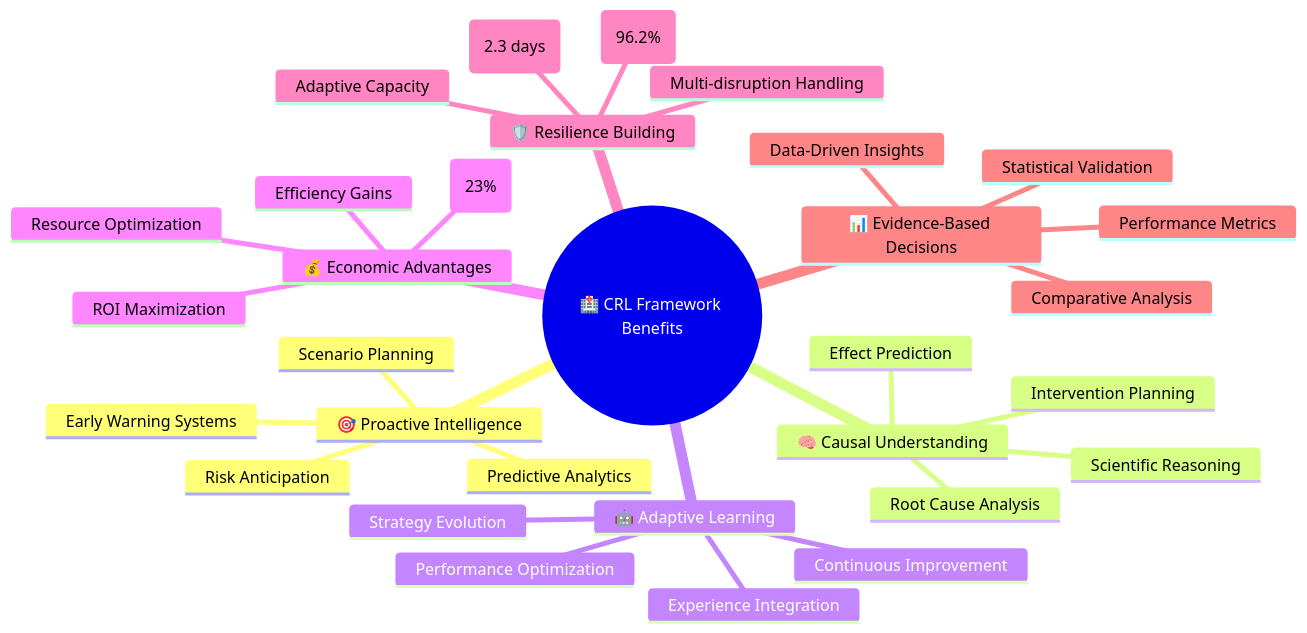
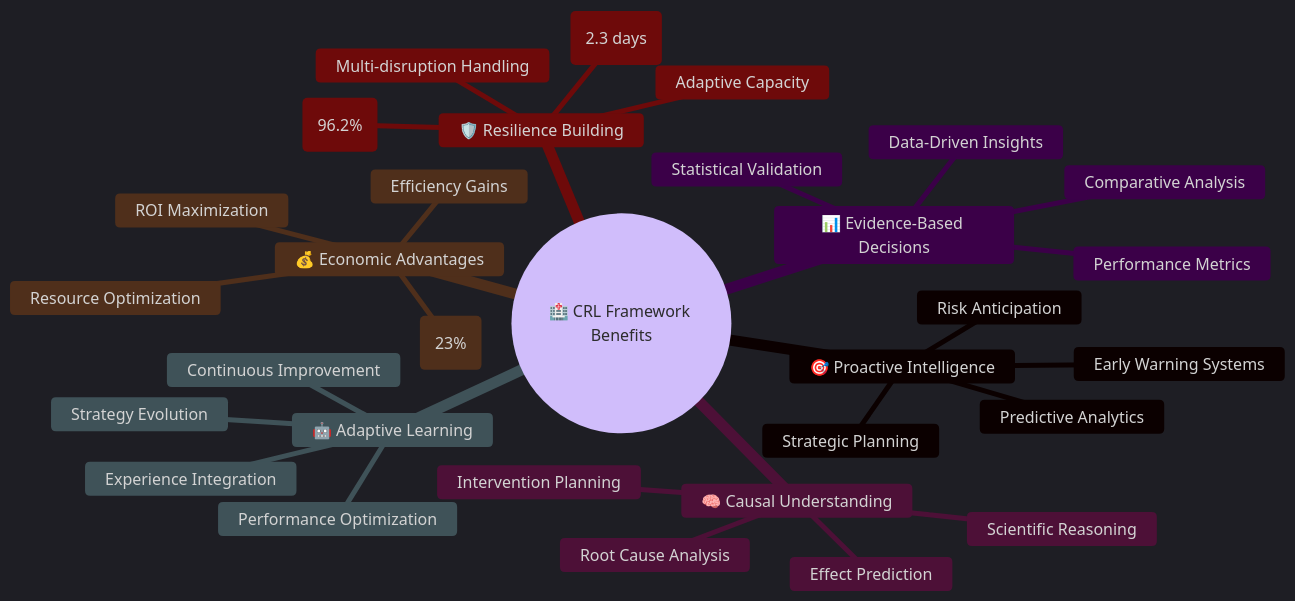
One commit to abhijit-ubale/JBL_stuff changed the fifth of 6 diagrams in README.md. Above: the diagram before and after it, drawn with Mermaid.

Commit message:
Abhijit commiting a change

````diff
--- a/README.md
+++ b/README.md
@@ -290,39 +290,55 @@
 ```mermaid
+%%{init: {
+  'theme': 'dark',
+  'themeVariables': {
+    'primaryColor': '#0ea5e9',
+    'primaryTextColor': '#ffffff',
+    'primaryBorderColor': '#38bdf8',
+    'lineColor': '#7dd3fc',
+    'secondaryColor': '#8b5cf6',
+    'tertiaryColor': '#10b981',
+    'quaternaryColor': '#f59e0b',
+    'background': '#020617',
+    'mainBkg': '#0f172a',
+    'secondBkg': '#1e293b',
+    'tertiaryBkg': '#334155'
+  }
+}}%%
 mindmap
   root((🏥 CRL Framework Benefits))
     🎯 Proactive Intelligence
       Early Warning Systems
-      Predictive Analytics
+      Predictive Analytics  
       Risk Anticipation
-      Scenario Planning
+      Strategic Planning
     
     🧠 Causal Understanding
       Root Cause Analysis
-      Intervention Planning  
+      Intervention Planning
       Effect Prediction
       Scientific Reasoning
     
     🤖 Adaptive Learning
       Continuous Improvement
       Experience Integration
       Strategy Evolution
       Performance Optimization
     
     💰 Economic Advantages
       Cost Reduction (23%)
       Efficiency Gains
       Resource Optimization
       ROI Maximization
     
     🛡️ Resilience Building
       Rapid Recovery (2.3 days)
       Service Continuity (96.2%)
       Multi-disruption Handling
       Adaptive Capacity
     
     📊 Evidence-Based Decisions
       Data-Driven Insights
       Statistical Validation
       Performance Metrics
       Comparative Analysis
 ```
````
